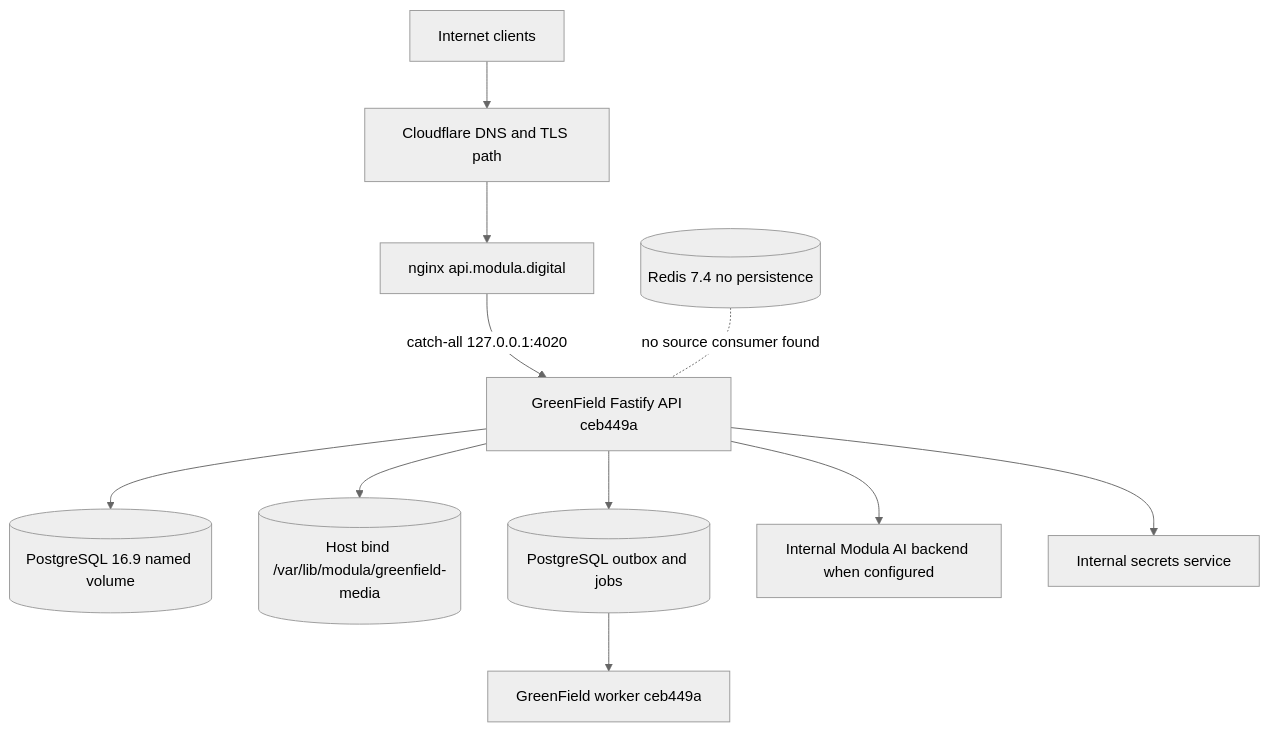
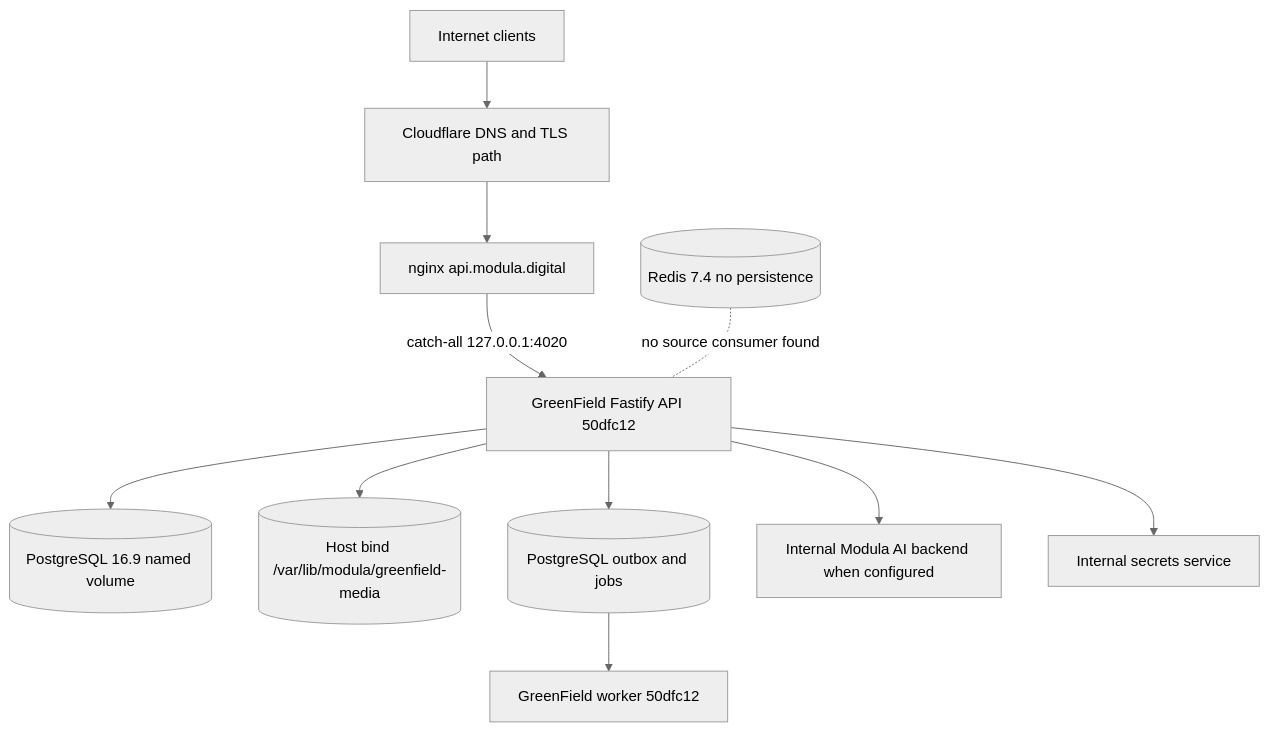
Before and after one commit to modula-mod/modula-latest: the diagram in docs/audits/api-atlas-01/00-production-truth.md, drawn with Mermaid (neutral theme). The commit also changed other lines of this file and 17 other files, not shown here.

````diff
--- a/docs/audits/api-atlas-01/00-production-truth.md
+++ b/docs/audits/api-atlas-01/00-production-truth.md
@@ -32,13 +32,13 @@
 ```mermaid
 flowchart TD
   internet[Internet clients] --> dns[Cloudflare DNS and TLS path]
   dns --> nginx[nginx api.modula.digital]
-  nginx -->|catch-all 127.0.0.1:4020| api[GreenField Fastify API ceb449a]
+  nginx -->|catch-all 127.0.0.1:4020| api[GreenField Fastify API 50dfc12]
   api --> postgres[(PostgreSQL 16.9 named volume)]
   api --> media[(Host bind /var/lib/modula/greenfield-media)]
   api --> outbox[(PostgreSQL outbox and jobs)]
-  outbox --> worker[GreenField worker ceb449a]
+  outbox --> worker[GreenField worker 50dfc12]
   api --> ai[Internal Modula AI backend when configured]
   api --> secrets[Internal secrets service]
   redis[(Redis 7.4 no persistence)] -. no source consumer found .- api
 ```
````
